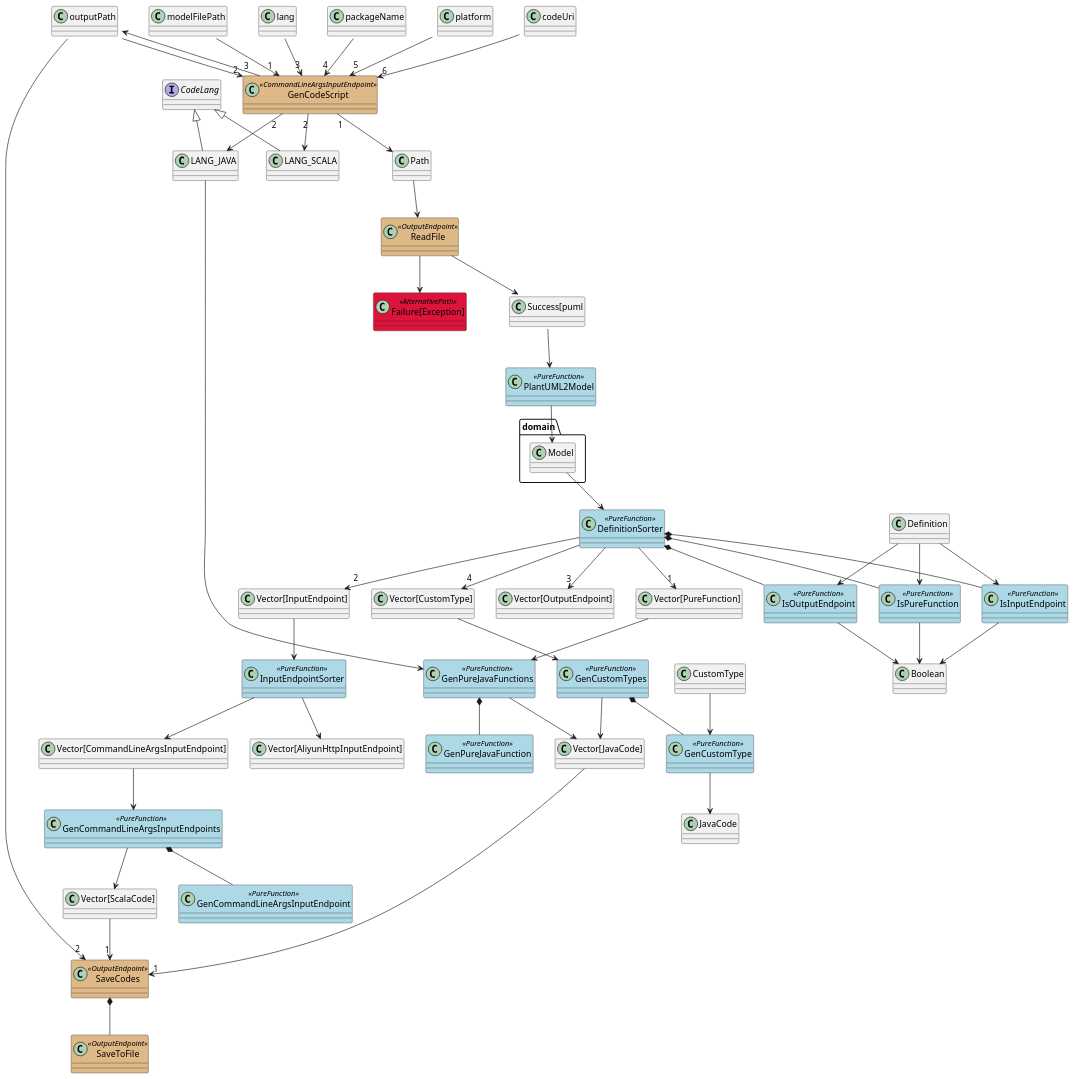
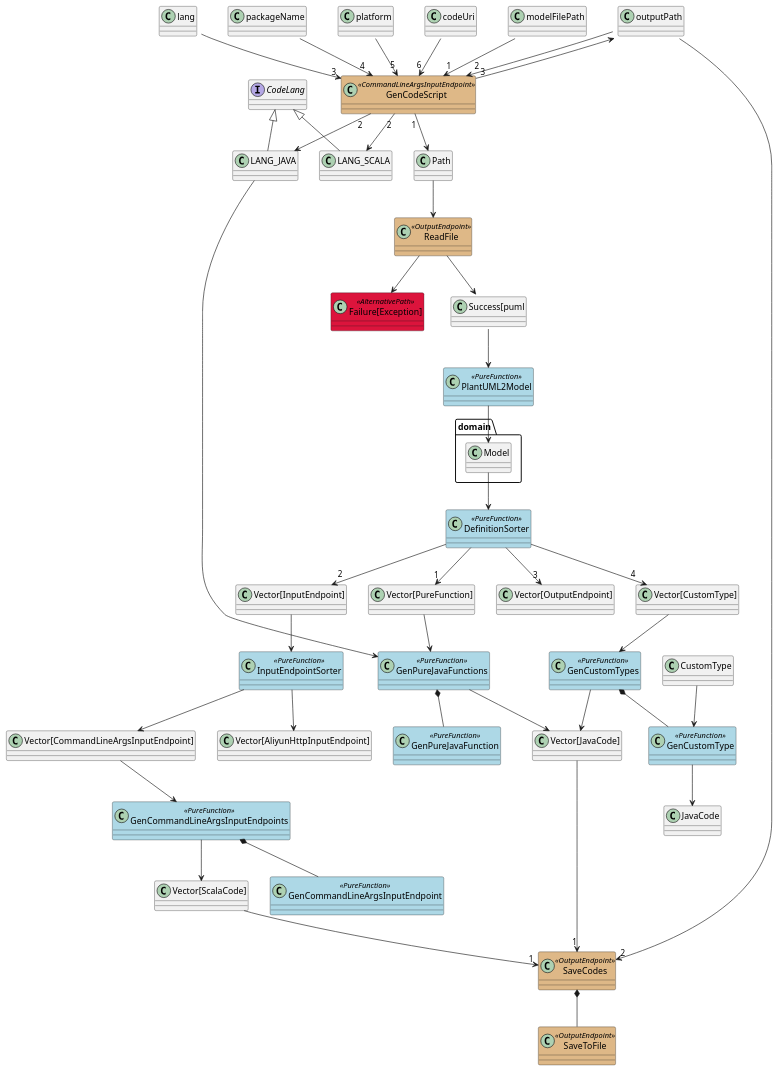
One commit to notyy/TypeFlow changed the diagram in typeflow/tooling/GenCode.puml. Above: the diagram before and after it, drawn with PlantUML.

Commit message:
simplify design

```diff
--- a/typeflow/tooling/GenCode.puml
+++ b/typeflow/tooling/GenCode.puml
@@ -1,80 +1,68 @@
 @startuml
 skinparam class {
 	BackgroundColor<<CommandLineInputEndpoint>> BurlyWood
 	BackgroundColor<<CommandLineArgsInputEndpoint>> BurlyWood
 	BackgroundColor<<AliyunHttpInputEndpoint>> BurlyWood
 	BackgroundColor<<OutputEndpoint>> BurlyWood
 	BackgroundColor<<PureFunction>> LightBlue
 	BackgroundColor<<AlternativePath>> Crimson
 }
 
 class GenCodeScript <<CommandLineArgsInputEndpoint>>
 class ReadFile <<OutputEndpoint>>
 class PlantUML2Model <<PureFunction>>
 class GenPureJavaFunctions <<PureFunction>>
 class GenPureJavaFunction <<PureFunction>>
 class GenCommandLineArgsInputEndpoints <<PureFunction>>
 class GenCommandLineArgsInputEndpoint <<PureFunction>>
 class GenCustomTypes <<PureFunction>>
 class GenCustomType <<PureFunction>>
 class DefinitionSorter <<PureFunction>>
-class IsPureFunction <<PureFunction>>
-class IsInputEndpoint <<PureFunction>>
-class IsOutputEndpoint <<PureFunction>>
 class InputEndpointSorter <<PureFunction>>
 class SaveCodes <<OutputEndpoint>>
 class SaveToFile <<OutputEndpoint>>
 class "Failure[Exception]" <<AlternativePath>>
 interface CodeLang
 CodeLang <|-- LANG_JAVA
 CodeLang <|-- LANG_SCALA
 
 modelFilePath::String --> "1" GenCodeScript
 outputPath::String --> "2" GenCodeScript
 lang::String --> "3" GenCodeScript
 packageName::String --> "4" GenCodeScript
 platform::String --> "5" GenCodeScript
 codeUri::String --> "6" GenCodeScript
 GenCodeScript "1" --> Path
 GenCodeScript "2" --> LANG_JAVA
 GenCodeScript "2" --> LANG_SCALA
 GenCodeScript "3" --> outputPath::Path
 LANG_JAVA -> GenPureJavaFunctions
 Path --> ReadFile
 ReadFile --> "Success[puml::String]"
 ReadFile --> "Failure[Exception]"
 "Success[puml::String]" --> PlantUML2Model
 PlantUML2Model --> domain.Model
 domain.Model --> DefinitionSorter
 DefinitionSorter --> "1" "Vector[PureFunction]"
 DefinitionSorter --> "2" "Vector[InputEndpoint]"
 DefinitionSorter --> "3" "Vector[OutputEndpoint]"
 DefinitionSorter --> "4" "Vector[CustomType]"
-DefinitionSorter *-- IsInputEndpoint
-DefinitionSorter *-- IsPureFunction
-DefinitionSorter *-- IsOutputEndpoint
-Definition --> IsInputEndpoint
-IsInputEndpoint --> Boolean
-Definition --> IsPureFunction
-IsPureFunction --> Boolean
-Definition --> IsOutputEndpoint
-IsOutputEndpoint --> Boolean
 "Vector[InputEndpoint]" --> InputEndpointSorter
 InputEndpointSorter --> "Vector[CommandLineArgsInputEndpoint]"
 InputEndpointSorter --> "Vector[AliyunHttpInputEndpoint]"
 "Vector[PureFunction]" --> GenPureJavaFunctions
 "Vector[CustomType]" --> GenCustomTypes
 GenCustomTypes --> "Vector[JavaCode]"
 GenCustomTypes *-- GenCustomType
 CustomType --> GenCustomType
 GenCustomType --> JavaCode
 GenPureJavaFunctions --> "Vector[JavaCode]"
 GenPureJavaFunctions *-- GenPureJavaFunction
 "Vector[CommandLineArgsInputEndpoint]" --> GenCommandLineArgsInputEndpoints
 GenCommandLineArgsInputEndpoints --> "Vector[ScalaCode]"
 GenCommandLineArgsInputEndpoints *-- GenCommandLineArgsInputEndpoint
 "Vector[ScalaCode]" --> "1" SaveCodes
 "Vector[JavaCode]" --> "1" SaveCodes
 outputPath::Path --> "2" SaveCodes
 SaveCodes *-- SaveToFile
 @enduml
```
